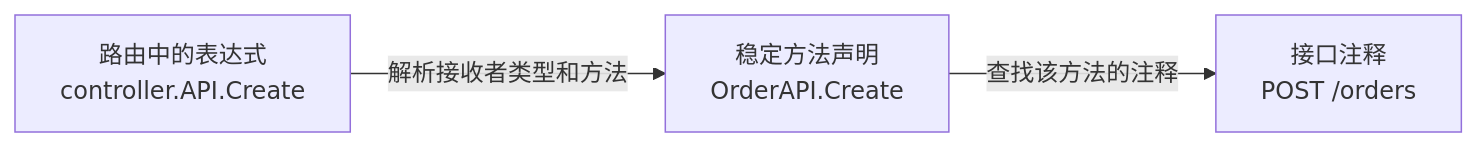
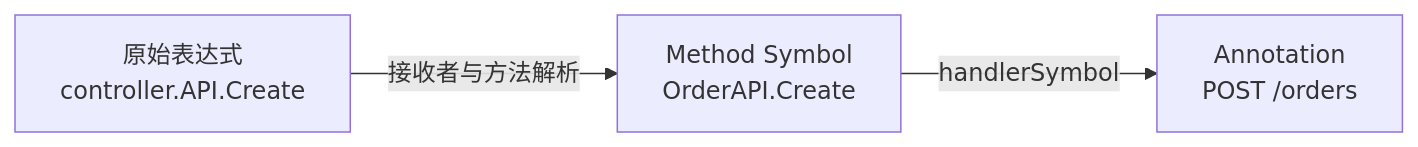
Diagram 13 of 17 in TECH-DESIGN-impact-analysis.md (Flying-Bird1999/go-analyzer), drawn with Mermaid before and after one commit. The commit also changed other lines of this file and 1 other file, not shown here.

````diff
--- a/TECH-DESIGN-impact-analysis.md
+++ b/TECH-DESIGN-impact-analysis.md
@@ -593,9 +927,9 @@
 ```mermaid
 flowchart LR
-    RAW["路由中的表达式<br/>controller.API.Create"]
-    SYMBOL["稳定方法声明<br/>OrderAPI.Create"]
-    NOTE["接口注释<br/>POST /orders"]
+    RAW["原始表达式<br/>controller.API.Create"]
+    HANDLER["Method Symbol<br/>OrderAPI.Create"]
+    ANNO["Annotation<br/>POST /orders"]
 
-    RAW -->|"解析接收者类型和方法"| SYMBOL
-    SYMBOL -->|"查找该方法的注释"| NOTE
+    RAW -->|"接收者与方法解析"| HANDLER
+    HANDLER -->|"handlerSymbol"| ANNO
 ```
````
